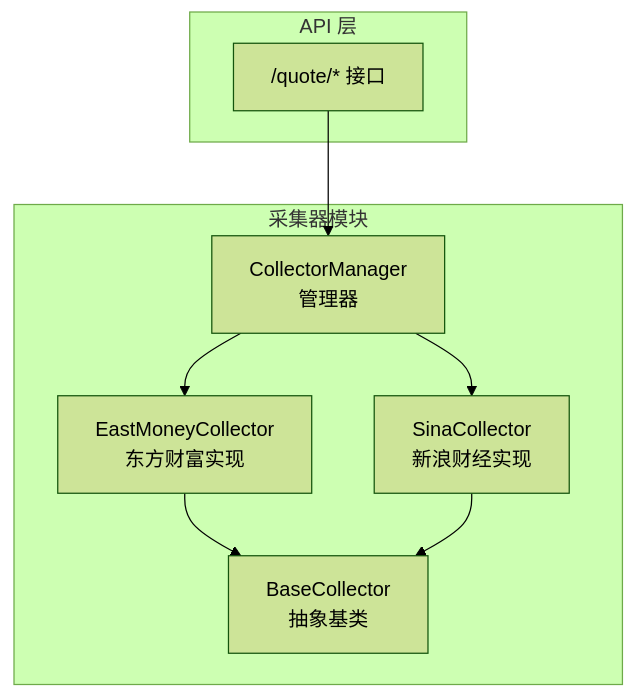
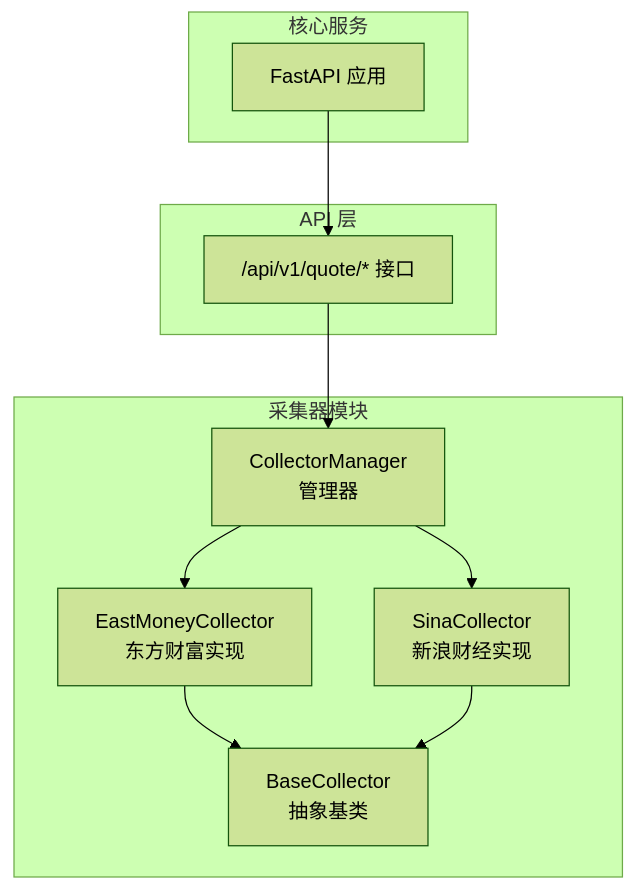
Before and after one commit to We3le7/stock-view: the first of 8 diagrams in .qoder/repowiki/zh/content/后端开发/数据服务层/数据采集器架构.md, drawn with Mermaid (forest theme). The commit also changed other lines of this file and 5 other files, not shown here.

````diff
--- a/.qoder/repowiki/zh/content/后端开发/数据服务层/数据采集器架构.md
+++ b/.qoder/repowiki/zh/content/后端开发/数据服务层/数据采集器架构.md
@@ -34,17 +46,21 @@
 ```mermaid
 graph TB
 subgraph "采集器模块"
 Base["BaseCollector<br/>抽象基类"]
 EM["EastMoneyCollector<br/>东方财富实现"]
 SI["SinaCollector<br/>新浪财经实现"]
 MGR["CollectorManager<br/>管理器"]
 end
 subgraph "API 层"
-APIQ["/quote/* 接口"]
+APIQ["/api/v1/quote/* 接口"]
+end
+subgraph "核心服务"
+MAIN["FastAPI 应用"]
 end
 APIQ --> MGR
 MGR --> EM
 MGR --> SI
 EM --> Base
 SI --> Base
+MAIN --> APIQ
 ```
````
